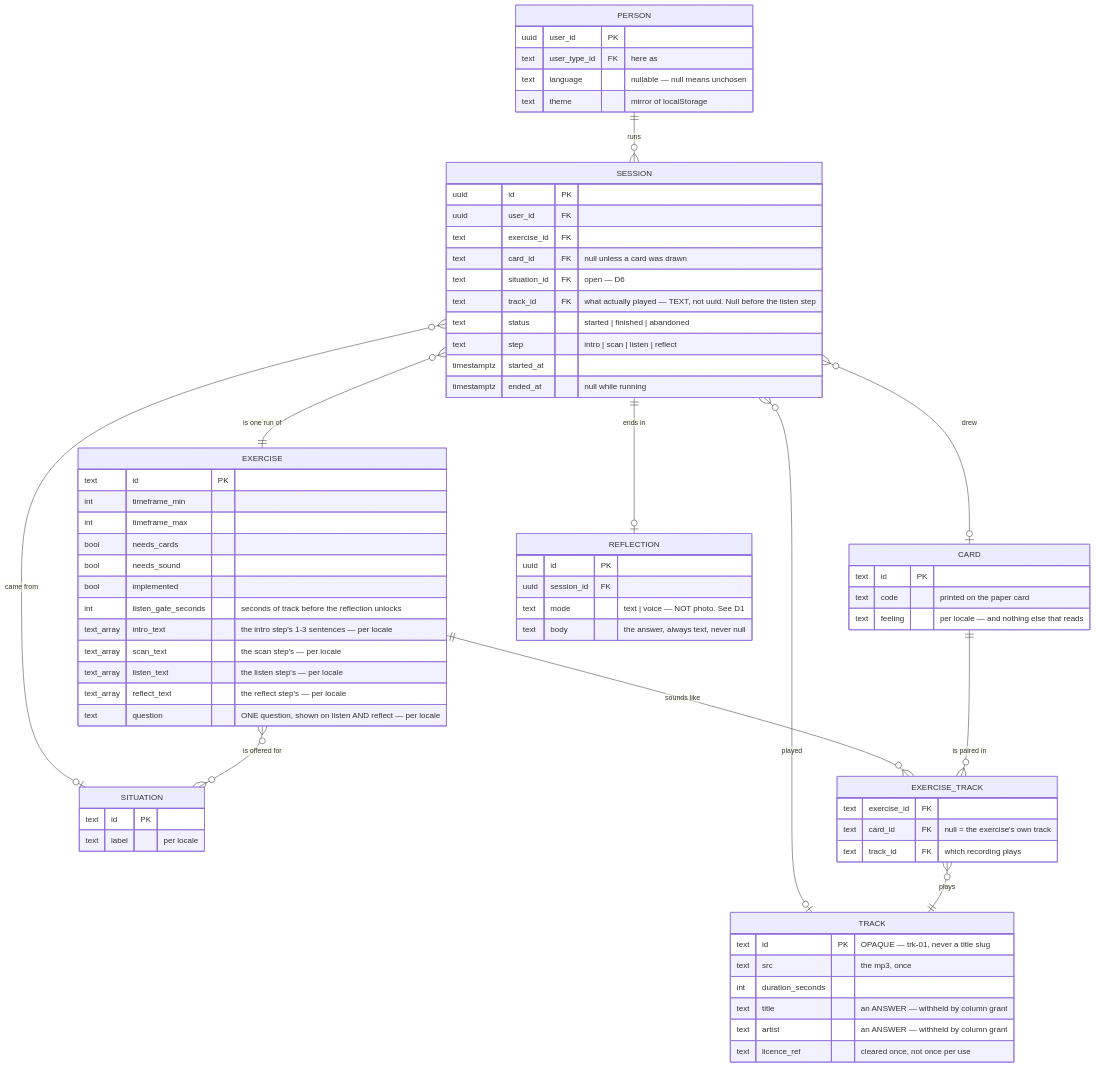
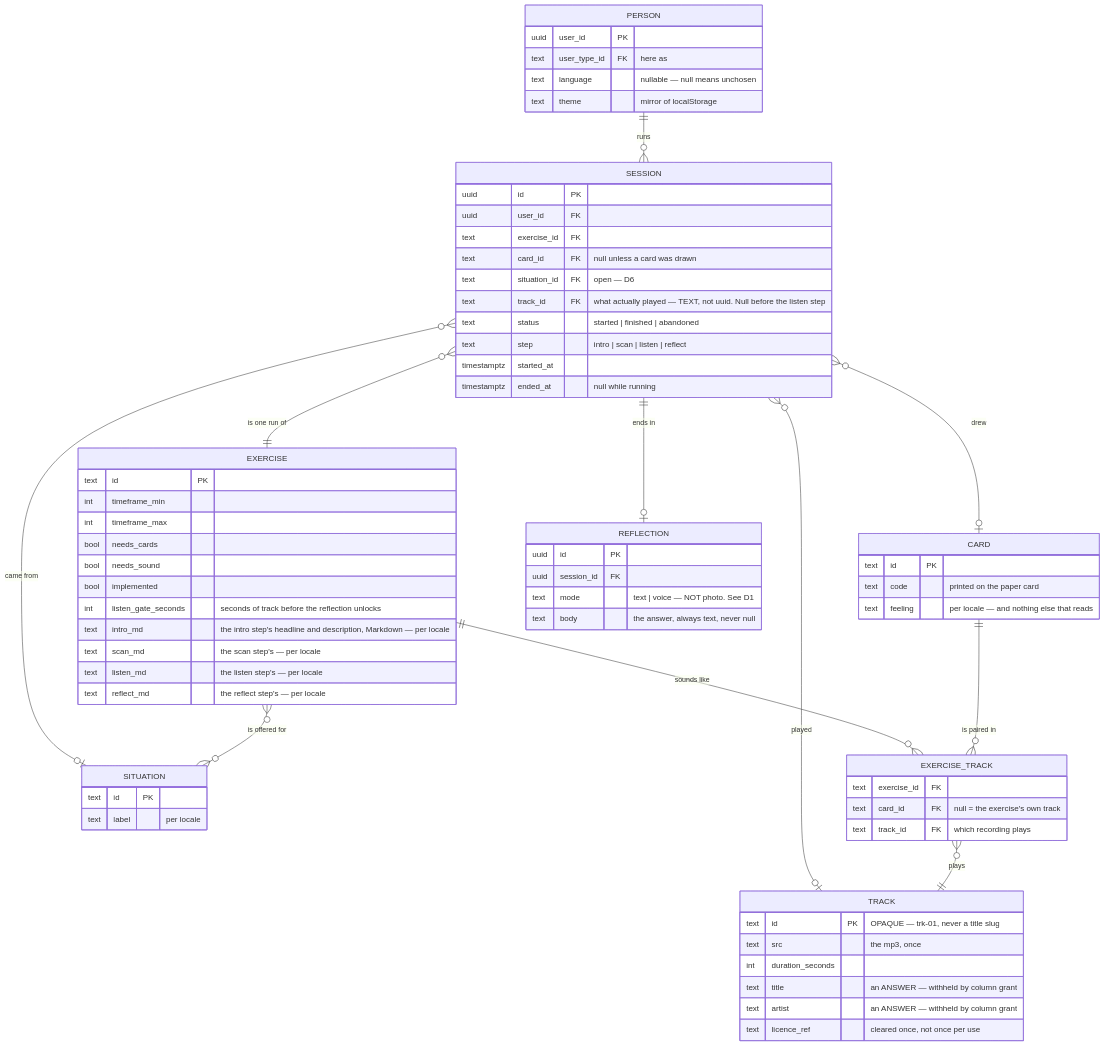
One commit to product-ben/musie changed the first of 2 diagrams in DOMAIN-MODEL.md. Above: the diagram before and after it, drawn with Mermaid. The commit also changed other lines of this file and 18 other files, not shown here.

````diff
--- a/DOMAIN-MODEL.md
+++ b/DOMAIN-MODEL.md
@@ -26,74 +26,73 @@
 ```mermaid
 erDiagram
     PERSON ||--o{ SESSION : "runs"
     SESSION }o--|| EXERCISE : "is one run of"
     SESSION }o--o| CARD : "drew"
     SESSION }o--o| SITUATION : "came from"
     SESSION ||--o| REFLECTION : "ends in"
     SESSION }o--o| TRACK : "played"
     EXERCISE }o--o{ SITUATION : "is offered for"
     EXERCISE ||--o{ EXERCISE_TRACK : "sounds like"
     CARD ||--o{ EXERCISE_TRACK : "is paired in"
     EXERCISE_TRACK }o--|| TRACK : "plays"
 
     PERSON {
         uuid user_id PK
         text user_type_id FK "here as"
         text language "nullable — null means unchosen"
         text theme "mirror of localStorage"
     }
     SESSION {
         uuid id PK
         uuid user_id FK
         text exercise_id FK
         text card_id FK "null unless a card was drawn"
         text situation_id FK "open — D6"
         text track_id FK "what actually played — TEXT, not uuid. Null before the listen step"
         text status "started | finished | abandoned"
         text step "intro | scan | listen | reflect"
         timestamptz started_at
         timestamptz ended_at "null while running"
     }
     EXERCISE {
         text id PK
         int timeframe_min
         int timeframe_max
         bool needs_cards
         bool needs_sound
         bool implemented
         int listen_gate_seconds "seconds of track before the reflection unlocks"
-        text_array intro_text "the intro step's 1-3 sentences — per locale"
-        text_array scan_text "the scan step's — per locale"
-        text_array listen_text "the listen step's — per locale"
-        text_array reflect_text "the reflect step's — per locale"
-        text question "ONE question, shown on listen AND reflect — per locale"
+        text intro_md "the intro step's headline and description, Markdown — per locale"
+        text scan_md "the scan step's — per locale"
+        text listen_md "the listen step's — per locale"
+        text reflect_md "the reflect step's — per locale"
     }
     CARD {
         text id PK
         text code "printed on the paper card"
         text feeling "per locale — and nothing else that reads"
     }
     TRACK {
         text id PK "OPAQUE — trk-01, never a title slug"
         text src "the mp3, once"
         int duration_seconds
         text title "an ANSWER — withheld by column grant"
         text artist "an ANSWER — withheld by column grant"
         text licence_ref "cleared once, not once per use"
     }
     EXERCISE_TRACK {
         text exercise_id FK
         text card_id FK "null = the exercise's own track"
         text track_id FK "which recording plays"
     }
     SITUATION {
         text id PK
         text label "per locale"
     }
     REFLECTION {
         uuid id PK
         uuid session_id FK
         text mode "text | voice — NOT photo. See D1"
         text body "the answer, always text, never null"
     }
 ```
````
